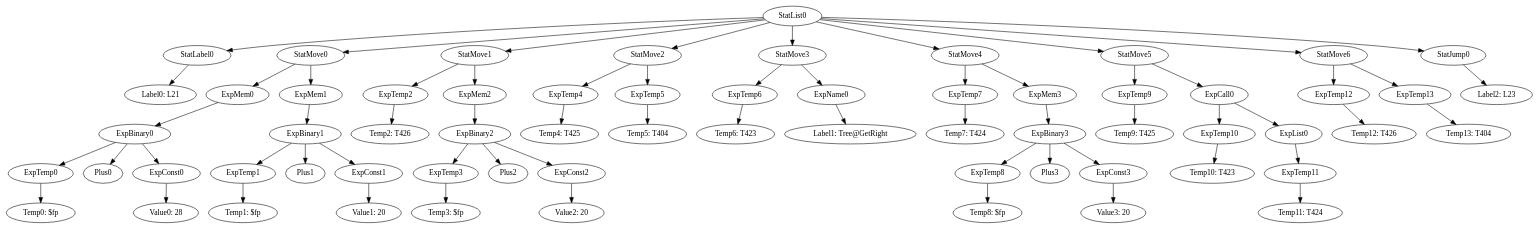
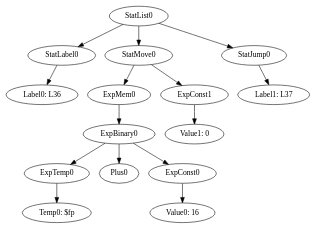
One commit to team-compilers/compilers changed the diagram in MiniJava/results/SamplesCorrect/TreeVisitor/Tree@Delete/blocks/9.gv. Above: the diagram before and after it, drawn with Graphviz. The commit also changed 569 other files, not shown here.

```diff
--- a/MiniJava/results/SamplesCorrect/TreeVisitor/Tree@Delete/blocks/9.gv
+++ b/MiniJava/results/SamplesCorrect/TreeVisitor/Tree@Delete/blocks/9.gv
@@ -1,66 +1,17 @@
 digraph {
 	ordering = out;
-	ExpTemp13 -> "Temp13: T404";
-	StatMove6 -> ExpTemp12;
-	StatMove6 -> ExpTemp13;
-	ExpList0 -> ExpTemp11;
-	ExpTemp9 -> "Temp9: T425";
-	ExpMem3 -> ExpBinary3;
-	ExpConst3 -> "Value3: 20";
-	ExpBinary3 -> ExpTemp8;
-	ExpBinary3 -> Plus3;
-	ExpBinary3 -> ExpConst3;
-	ExpName0 -> "Label1: Tree@GetRight";
-	StatMove5 -> ExpTemp9;
-	StatMove5 -> ExpCall0;
-	ExpConst1 -> "Value1: 20";
-	ExpTemp8 -> "Temp8: $fp";
-	StatMove1 -> ExpTemp2;
-	StatMove1 -> ExpMem2;
-	ExpBinary1 -> ExpTemp1;
-	ExpBinary1 -> Plus1;
-	ExpBinary1 -> ExpConst1;
-	StatMove4 -> ExpTemp7;
-	StatMove4 -> ExpMem3;
+	ExpConst1 -> "Value1: 0";
 	ExpMem0 -> ExpBinary0;
-	ExpConst0 -> "Value0: 28";
-	ExpMem1 -> ExpBinary1;
-	StatLabel0 -> "Label0: L21";
+	StatJump0 -> "Label1: L37";
+	ExpConst0 -> "Value0: 16";
+	StatLabel0 -> "Label0: L36";
 	StatList0 -> StatLabel0;
 	StatList0 -> StatMove0;
-	StatList0 -> StatMove1;
-	StatList0 -> StatMove2;
-	StatList0 -> StatMove3;
-	StatList0 -> StatMove4;
-	StatList0 -> StatMove5;
-	StatList0 -> StatMove6;
 	StatList0 -> StatJump0;
 	ExpTemp0 -> "Temp0: $fp";
-	StatJump0 -> "Label2: L23";
-	ExpCall0 -> ExpTemp10;
-	ExpCall0 -> ExpList0;
-	ExpMem2 -> ExpBinary2;
 	StatMove0 -> ExpMem0;
-	StatMove0 -> ExpMem1;
-	ExpTemp12 -> "Temp12: T426";
+	StatMove0 -> ExpConst1;
 	ExpBinary0 -> ExpTemp0;
 	ExpBinary0 -> Plus0;
 	ExpBinary0 -> ExpConst0;
-	ExpTemp10 -> "Temp10: T423";
-	ExpTemp2 -> "Temp2: T426";
-	StatMove2 -> ExpTemp4;
-	StatMove2 -> ExpTemp5;
-	ExpTemp3 -> "Temp3: $fp";
-	ExpBinary2 -> ExpTemp3;
-	ExpBinary2 -> Plus2;
-	ExpBinary2 -> ExpConst2;
-	ExpTemp7 -> "Temp7: T424";
-	ExpTemp4 -> "Temp4: T425";
-	ExpConst2 -> "Value2: 20";
-	ExpTemp6 -> "Temp6: T423";
-	ExpTemp1 -> "Temp1: $fp";
-	ExpTemp5 -> "Temp5: T404";
-	ExpTemp11 -> "Temp11: T424";
-	StatMove3 -> ExpTemp6;
-	StatMove3 -> ExpName0;
 }
```
